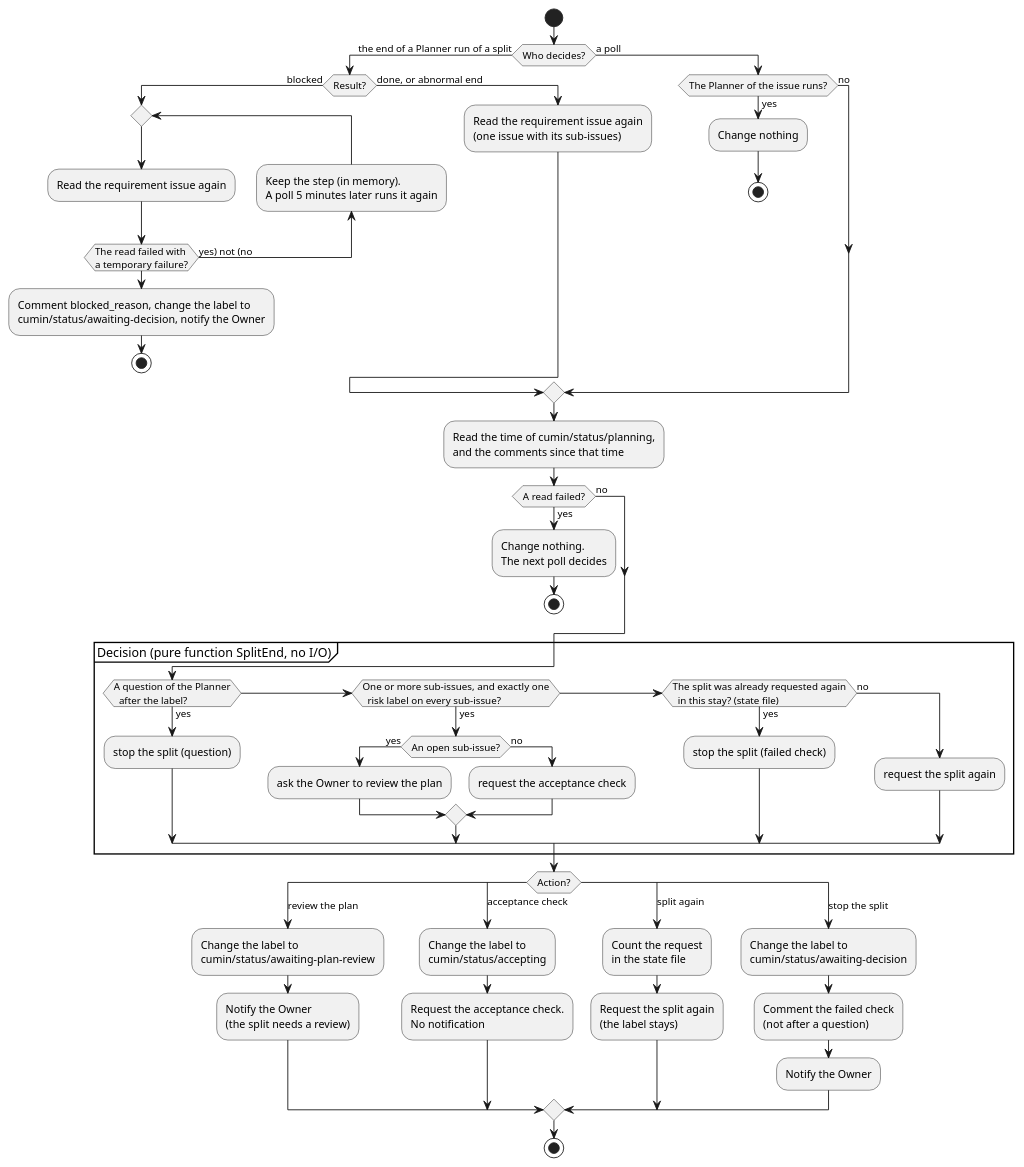
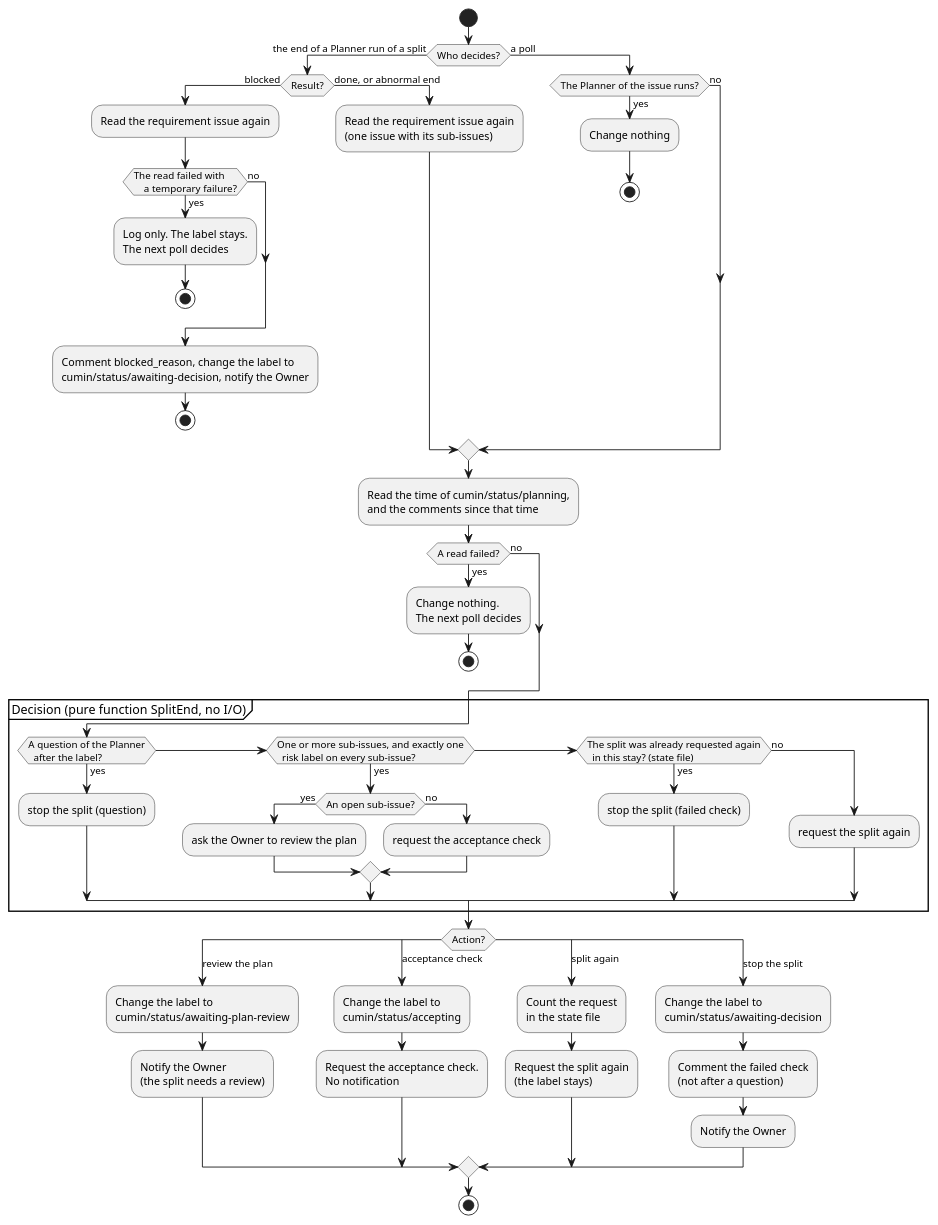
One commit to cloveclovedev/cumin-works changed the diagram in docs/ja/designs/poll-split.puml. Above: the diagram before and after it, drawn with PlantUML. The commit also changed 20 other files, not shown here.

```diff
--- a/docs/ja/designs/poll-split.puml
+++ b/docs/ja/designs/poll-split.puml
@@ -1,81 +1,83 @@
 @startuml poll-split
 ' cumin works - the way out of cumin/status/planning: the decision that a poll and the end of a Planner run share, the second request of the split, and the way back to the Owner.
 ' Document: poll.md, sections on the decision of the poll and on the end of a run.
 ' Render: run scripts/render-diagrams.sh at the root of the repository.
 skinparam shadowing false
 skinparam defaultFontName sans-serif
 
 start
 if (Who decides?) then (the end of a Planner run of a split)
   if (Result?) then (blocked)
-    repeat
-      :Read the requirement issue again;
-      backward :Keep the step (in memory).
-      A poll 5 minutes later runs it again;
-    repeat while (The read failed with
-    a temporary failure?) is (yes) not (no)
+    :Read the requirement issue again;
+    if (The read failed with
+    a temporary failure?) then (yes)
+      :Log only. The label stays.
+      The next poll decides;
+      stop
+    else (no)
+    endif
     :Comment blocked_reason, change the label to
     cumin/status/awaiting-decision, notify the Owner;
     stop
   else (done, or abnormal end)
     :Read the requirement issue again
     (one issue with its sub-issues);
   endif
 else (a poll)
   if (The Planner of the issue runs?) then (yes)
     :Change nothing;
     stop
   else (no)
   endif
 endif
 :Read the time of cumin/status/planning,
 and the comments since that time;
 if (A read failed?) then (yes)
   :Change nothing.
   The next poll decides;
   stop
 else (no)
 endif
 partition "Decision (pure function SplitEnd, no I/O)" {
   if (A question of the Planner
   after the label?) then (yes)
     :stop the split (question);
   elseif (One or more sub-issues, and exactly one
   risk label on every sub-issue?) then (yes)
     if (An open sub-issue?) then (yes)
       :ask the Owner to review the plan;
     else (no)
       :request the acceptance check;
     endif
   elseif (The split was already requested again
   in this stay? (state file)) then (yes)
     :stop the split (failed check);
   else (no)
     :request the split again;
   endif
 }
 switch (Action?)
 case (review the plan)
   :Change the label to
   cumin/status/awaiting-plan-review;
   :Notify the Owner
   (the split needs a review);
 case (acceptance check)
   :Change the label to
   cumin/status/accepting;
   :Request the acceptance check.
   No notification;
 case (split again)
   :Count the request
   in the state file;
   :Request the split again
   (the label stays);
 case (stop the split)
   :Change the label to
   cumin/status/awaiting-decision;
   :Comment the failed check
   (not after a question);
   :Notify the Owner;
 endswitch
 stop
 @enduml
```
